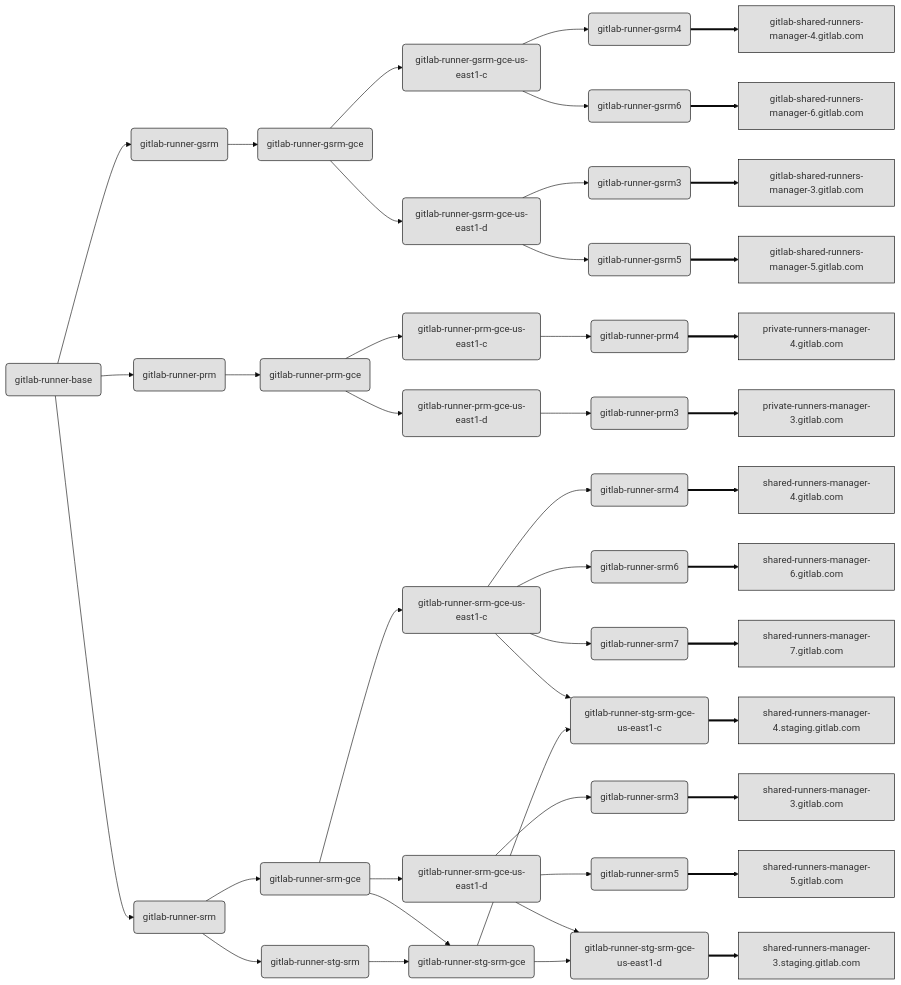
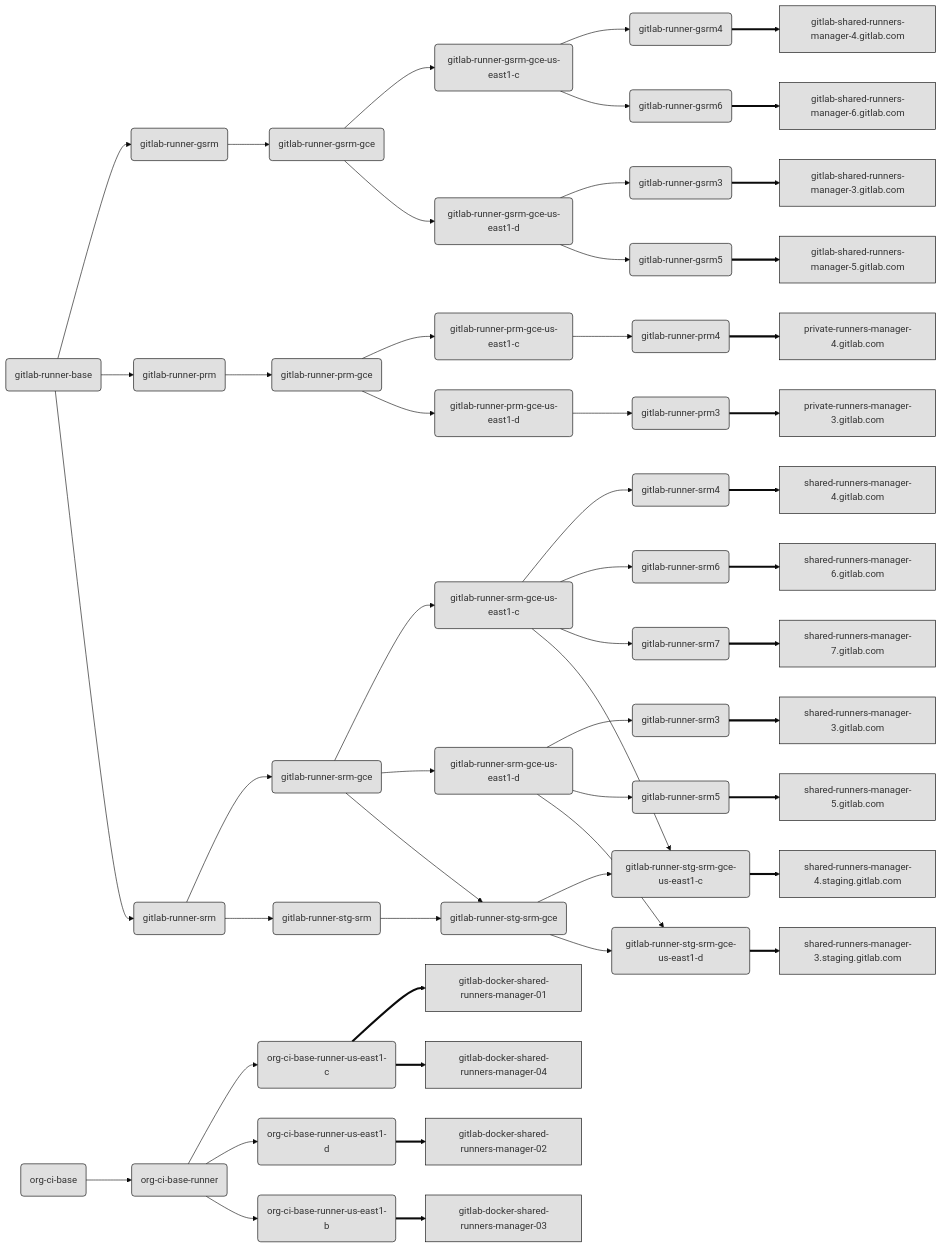
The diagram in docs/runner/update-gitlab-runner-on-managers.md (mattrussi/gitlab-com-runbooks), drawn with Mermaid (base theme) before and after one commit. The commit also changed other lines of this file, not shown here.

Commit message:
Add org-ci runners
We have a new set of Runners that a set up as shared Runners that are
tagged and used by the `gitlab-org` projects and its forks.

````diff
--- a/docs/runner/update-gitlab-runner-on-managers.md
+++ b/docs/runner/update-gitlab-runner-on-managers.md
@@ -8,6 +8,8 @@
 graph LR
     classDef default fill:#e0e0e0,stroke:#000
     r::base(gitlab-runner-base)
+    r::org-ci-base(org-ci-base)
+    r::org-ci-base-runner(org-ci-base-runner)
 
     r::gsrm(gitlab-runner-gsrm)
     r::gsrm-gce(gitlab-runner-gsrm-gce)
@@ -40,6 +42,9 @@
     r::stg-srm-gce-us-east1-c(gitlab-runner-stg-srm-gce-us-east1-c)
     r::stg-srm-gce-us-east1-d(gitlab-runner-stg-srm-gce-us-east1-d)
 
+    r::gdsrm-us-east1-c(org-ci-base-runner-us-east1-c)
+    r::gdsrm-us-east1-b(org-ci-base-runner-us-east1-b)
+    r::gdsrm-us-east1-d(org-ci-base-runner-us-east1-d)
 
     n::gsrm3[gitlab-shared-runners-manager-3.gitlab.com]
     n::gsrm4[gitlab-shared-runners-manager-4.gitlab.com]
@@ -57,6 +62,11 @@
 
     n::srm3::stg[shared-runners-manager-3.staging.gitlab.com]
     n::srm4::stg[shared-runners-manager-4.staging.gitlab.com]
+
+    n::gdsrm1[gitlab-docker-shared-runners-manager-01]
+    n::gdsrm2[gitlab-docker-shared-runners-manager-02]
+    n::gdsrm3[gitlab-docker-shared-runners-manager-03]
+    n::gdsrm4[gitlab-docker-shared-runners-manager-04]
 
     r::base --> r::gsrm
     r::gsrm --> r::gsrm-gce
@@ -104,4 +114,13 @@
     r::srm-gce-us-east1-d --> r::stg-srm-gce-us-east1-d
     r::stg-srm-gce --> r::stg-srm-gce-us-east1-d
     r::stg-srm-gce-us-east1-d ==> n::srm3::stg
+
+    r::org-ci-base --> r::org-ci-base-runner
+    r::org-ci-base-runner --> r::gdsrm-us-east1-c
+    r::gdsrm-us-east1-c ==> n::gdsrm1
+    r::gdsrm-us-east1-c ==> n::gdsrm4
+    r::org-ci-base-runner --> r::gdsrm-us-east1-d
+    r::gdsrm-us-east1-d ==> n::gdsrm2
+    r::org-ci-base-runner --> r::gdsrm-us-east1-b
+    r::gdsrm-us-east1-b ==> n::gdsrm3
 ```
````
